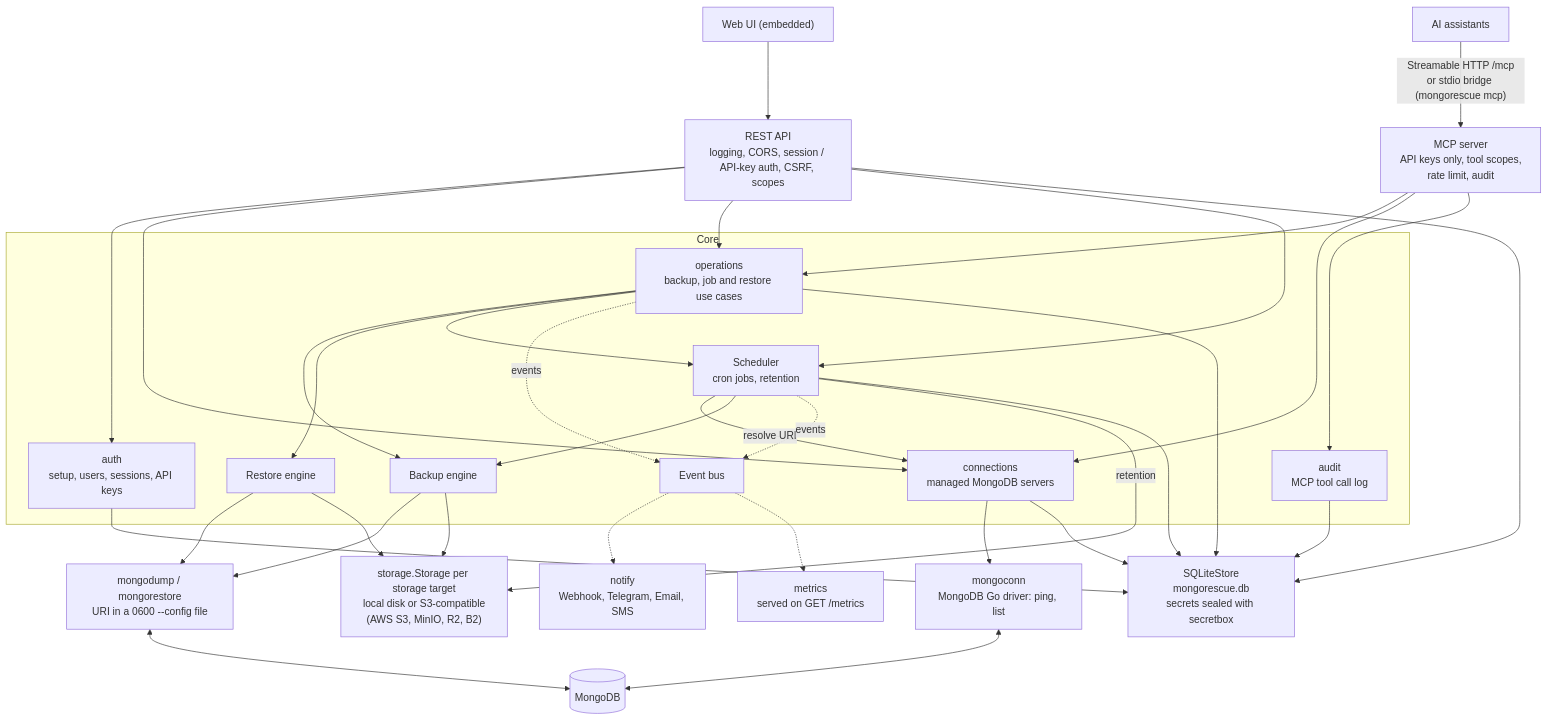
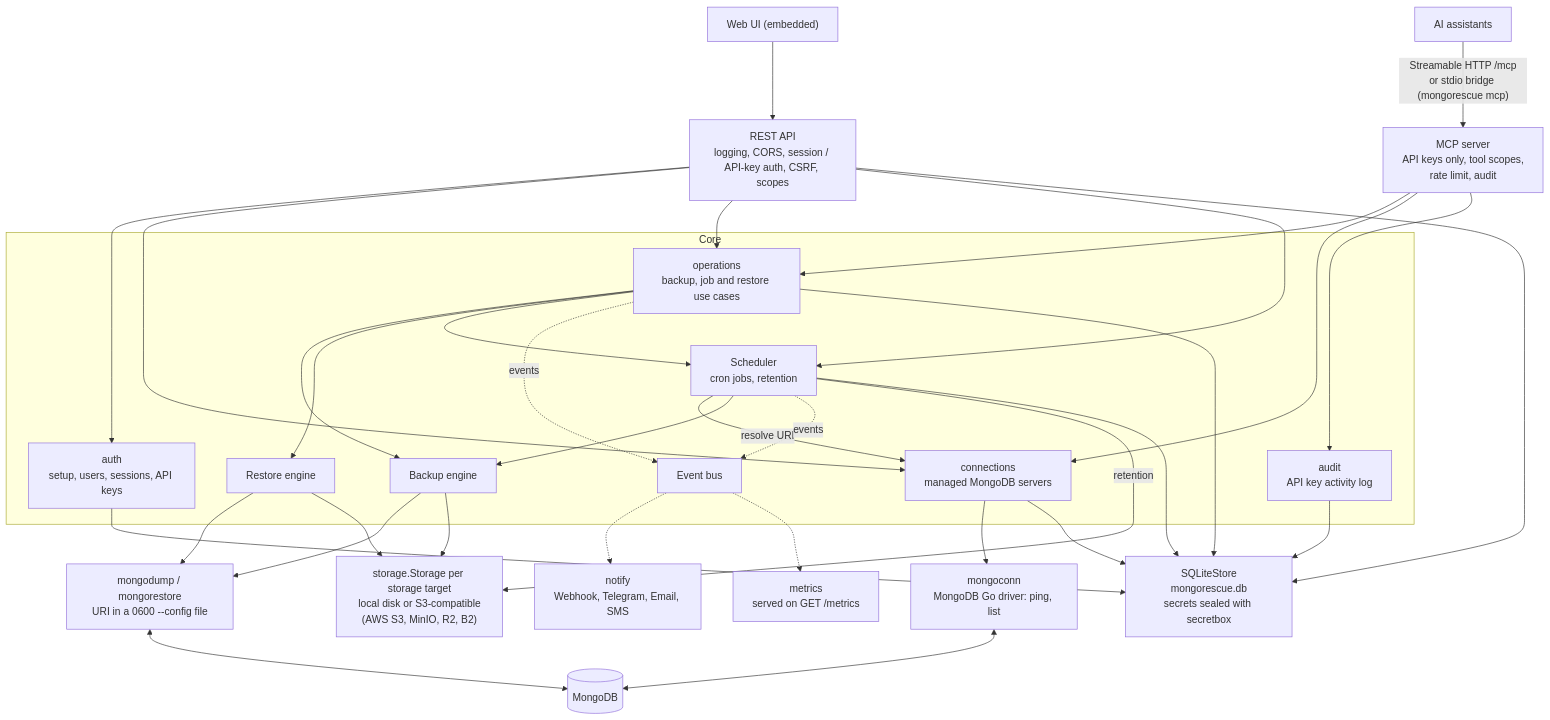
Before and after one commit to YigitCittan/mongorescue: the first of 3 diagrams in docs/architecture.md, drawn with Mermaid. The commit also changed other lines of this file and 10 other files, not shown here.

First line of the commit message:
fix(auth): audit MCP resource reads, prompts and API key REST requests

````diff
--- a/docs/architecture.md
+++ b/docs/architecture.md
@@ -5,51 +5,51 @@
 ```mermaid
 flowchart TB
     UI["Web UI (embedded)"] --> API["REST API<br/>logging, CORS, session / API-key auth, CSRF, scopes"]
     AI["AI assistants"] -- "Streamable HTTP /mcp<br/>or stdio bridge (mongorescue mcp)" --> MCP["MCP server<br/>API keys only, tool scopes,<br/>rate limit, audit"]
 
     subgraph core["Core"]
         OPS["operations<br/>backup, job and restore use cases"]
-        AUDIT["audit<br/>MCP tool call log"]
+        AUDIT["audit<br/>API key activity log"]
         AUTH["auth<br/>setup, users, sessions, API keys"]
         CONN["connections<br/>managed MongoDB servers"]
         SCHED["Scheduler<br/>cron jobs, retention"]
         BE["Backup engine"]
         RE["Restore engine"]
         BUS["Event bus"]
     end
 
     API --> AUTH
     API --> CONN
     API --> OPS
     MCP --> OPS
     MCP --> CONN
     MCP --> AUDIT
     OPS --> BE
     OPS --> RE
     OPS --> SCHED
     CONN --> PROBE["mongoconn<br/>MongoDB Go driver: ping, list"]
     PROBE <--> MONGO
     SCHED -- resolve URI --> CONN
     API --> SCHED
     SCHED --> BE
     OPS -. events .-> BUS
     SCHED -. events .-> BUS
 
     BE --> TOOLS["mongodump / mongorestore<br/>URI in a 0600 --config file"]
     RE --> TOOLS
     TOOLS <--> MONGO[("MongoDB")]
 
     BE --> STORAGE["storage.Storage per storage target<br/>local disk or S3-compatible<br/>(AWS S3, MinIO, R2, B2)"]
     RE --> STORAGE
     SCHED -- retention --> STORAGE
 
     API --> STORE["SQLiteStore<br/>mongorescue.db<br/>secrets sealed with secretbox"]
     OPS --> STORE
     AUDIT --> STORE
     SCHED --> STORE
     AUTH --> STORE
     CONN --> STORE
 
     BUS -.-> NOTIFY["notify<br/>Webhook, Telegram, Email, SMS"]
     BUS -.-> METRICS["metrics<br/>served on GET /metrics"]
 ```
````
